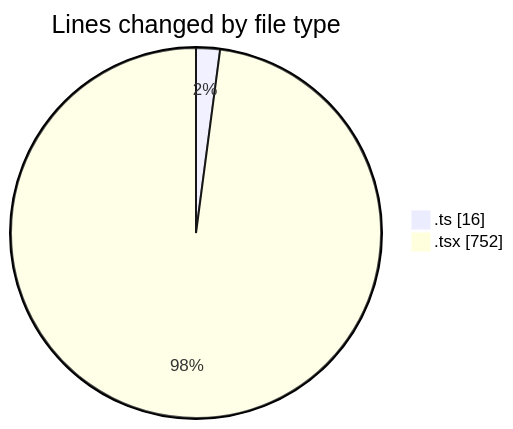
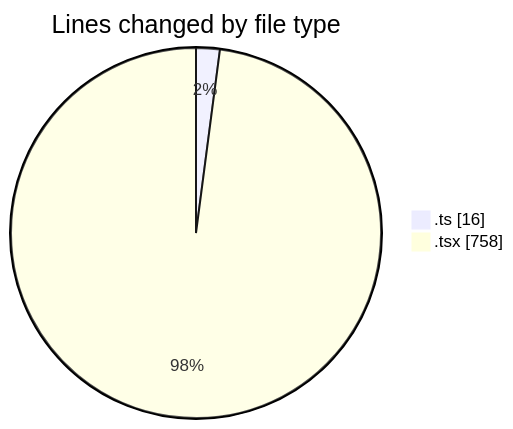
One commit to nxtqubesakshisongat/code-tracking changed the first of 2 diagrams in 2026-04-15/airfeed-analytics-dashboard/README.md. Above: the diagram before and after it, drawn with Mermaid. The commit also changed other lines of this file and 1 other file, not shown here.

````diff
--- a/2026-04-15/airfeed-analytics-dashboard/README.md
+++ b/2026-04-15/airfeed-analytics-dashboard/README.md
@@ -27,6 +27,6 @@
 ```mermaid
 pie showData
 title Lines changed by file type
 ".ts" : 16
-".tsx" : 752
+".tsx" : 758
 ```
````
